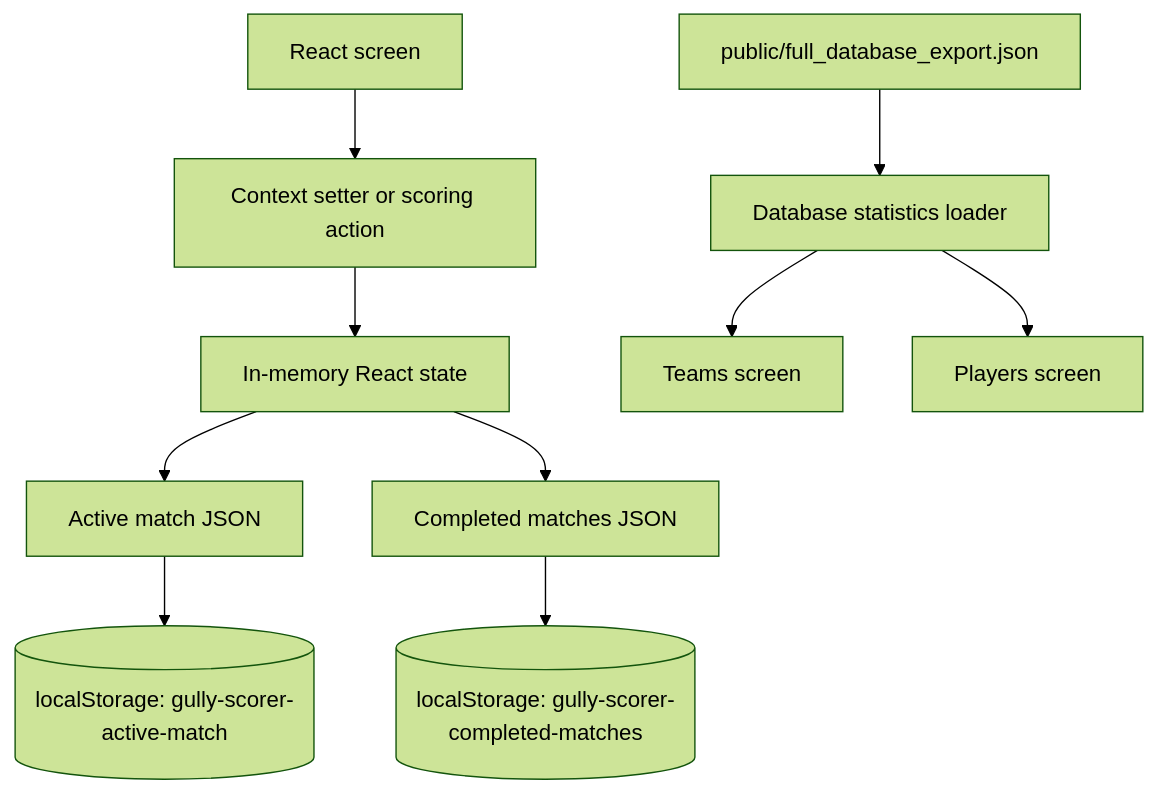
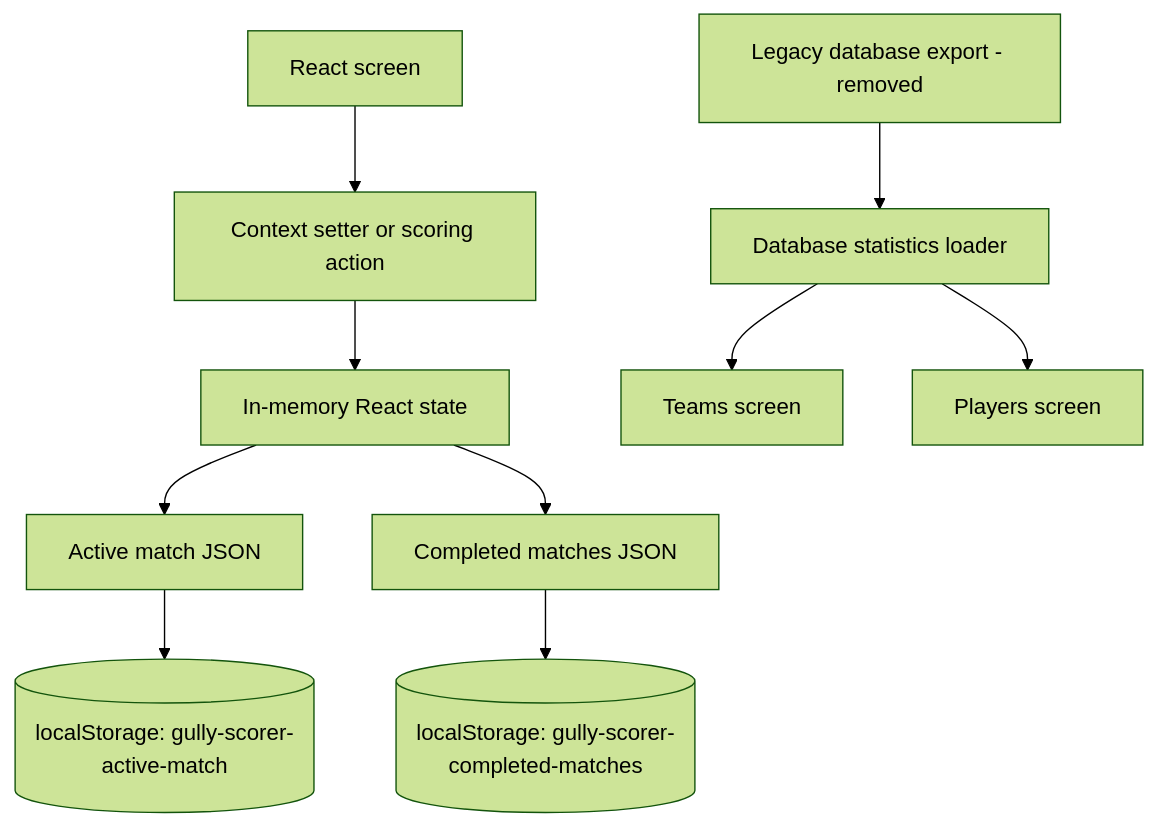
The fifth of 5 diagrams in docs/CODEBASE_GUIDE.md (nandhakrishnasr/scoreMate-app), drawn with Mermaid (forest theme) before and after one commit. The commit also changed other lines of this file and 4 other files, not shown here.

````diff
--- a/docs/CODEBASE_GUIDE.md
+++ b/docs/CODEBASE_GUIDE.md
@@ -682,12 +662,12 @@
 ```mermaid
 flowchart TD
     UI[React screen] --> ACTION[Context setter or scoring action]
     ACTION --> STATE[In-memory React state]
     STATE --> ACTIVE[Active match JSON]
     STATE --> HISTORY[Completed matches JSON]
     ACTIVE --> LS[(localStorage: gully-scorer-active-match)]
     HISTORY --> LS2[(localStorage: gully-scorer-completed-matches)]
-    DB[public/full_database_export.json] --> LOAD[Database statistics loader]
+    DB[Legacy database export - removed] --> LOAD[Database statistics loader]
     LOAD --> TEAM[Teams screen]
     LOAD --> PLAYER[Players screen]
 ```
````
